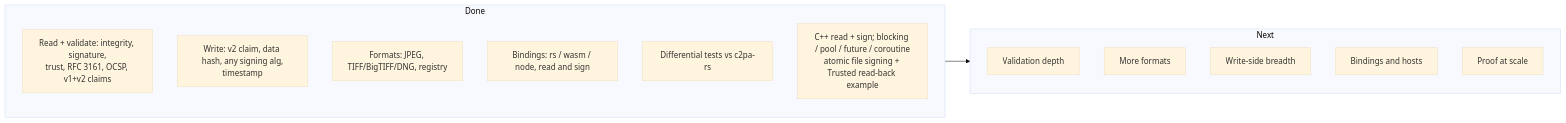
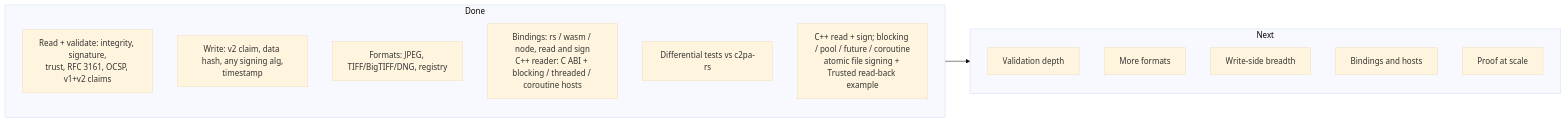
One commit to scouten/state-machine-experiment changed the diagram in docs/walkthrough/09-future.md. Above: the diagram before and after it, drawn with Mermaid (base theme). The commit also changed other lines of this file and 9 other files, not shown here.

````diff
--- a/docs/walkthrough/09-future.md
+++ b/docs/walkthrough/09-future.md
@@ -8,21 +8,21 @@
 ```mermaid
 flowchart LR
     subgraph done["Done"]
         direction TB
         d1["Read + validate: integrity, signature,<br/>trust, RFC 3161, OCSP, v1+v2 claims"]
         d2["Write: v2 claim, data hash, any signing alg,<br/>timestamp"]
         d3["Formats: JPEG, TIFF/BigTIFF/DNG, registry"]
-        d4["Bindings: rs / wasm / node, read and sign"]
+        d4["Bindings: rs / wasm / node, read and sign<br/>C++ reader: C ABI + blocking / threaded / coroutine hosts"]
         d5["Differential tests vs c2pa-rs"]
         d6["C++ read + sign; blocking / pool / future / coroutine<br/>atomic file signing + Trusted read-back example"]
     end
     subgraph next["Next"]
         direction TB
         n1["Validation depth"]
         n2["More formats"]
         n3["Write-side breadth"]
         n4["Bindings and hosts"]
         n5["Proof at scale"]
     end
     done --> next
 ```
````
